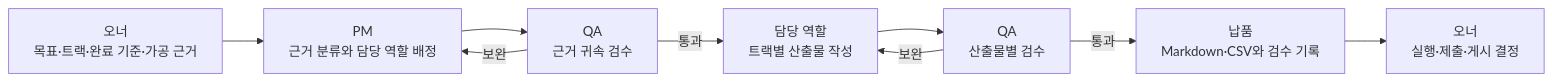
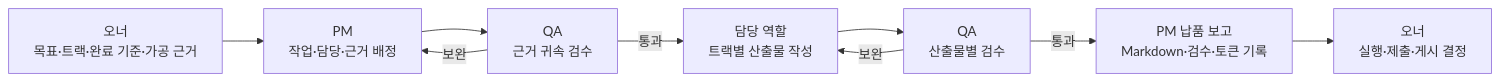
Before and after one commit to uuyeong/AGENT-STUDY: the diagram in docs/DESIGN.md, drawn with Mermaid. The commit also changed other lines of this file and 34 other files, not shown here.

````diff
--- a/docs/DESIGN.md
+++ b/docs/DESIGN.md
@@ -5,11 +5,11 @@
 ```mermaid
 flowchart LR
-  A["오너<br/>목표·트랙·완료 기준·가공 근거"] --> P["PM<br/>근거 분류와 담당 역할 배정"]
+  A["오너<br/>목표·트랙·완료 기준·가공 근거"] --> P["PM<br/>작업·담당·근거 배정"]
   P --> R["QA<br/>근거 귀속 검수"]
   R -->|"보완"| P
   R -->|"통과"| W["담당 역할<br/>트랙별 산출물 작성"]
   W --> Q["QA<br/>산출물별 검수"]
   Q -->|"보완"| W
-  Q -->|"통과"| D["납품<br/>Markdown·CSV와 검수 기록"]
+  Q -->|"통과"| D["PM 납품 보고<br/>Markdown·검수·토큰 기록"]
   D --> O["오너<br/>실행·제출·게시 결정"]
 ```
````
